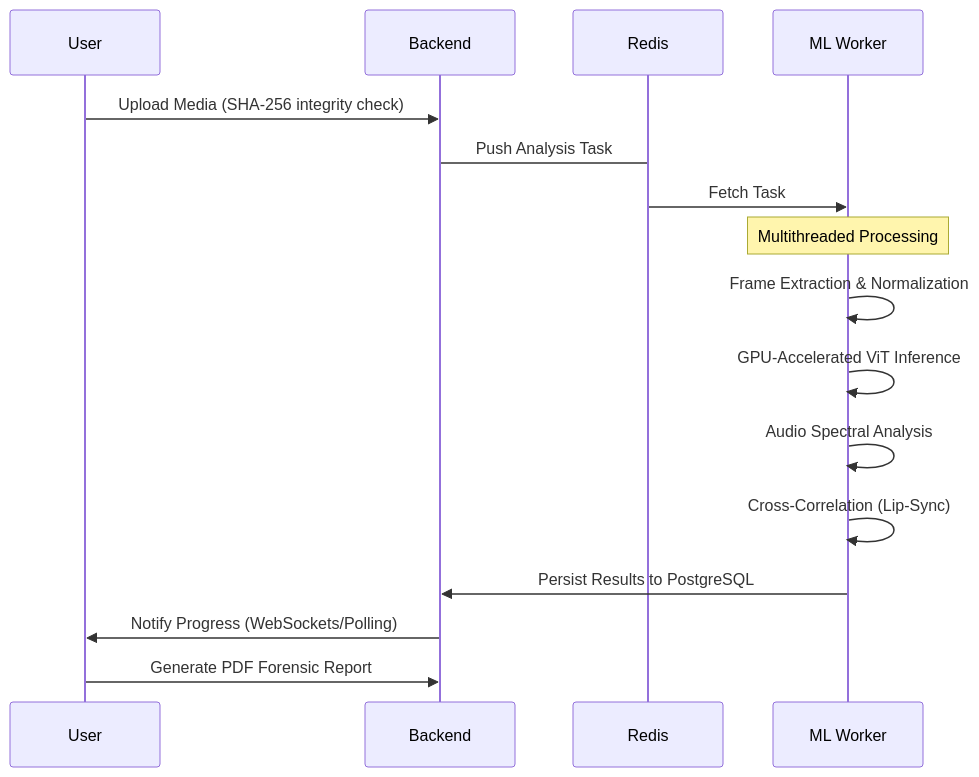
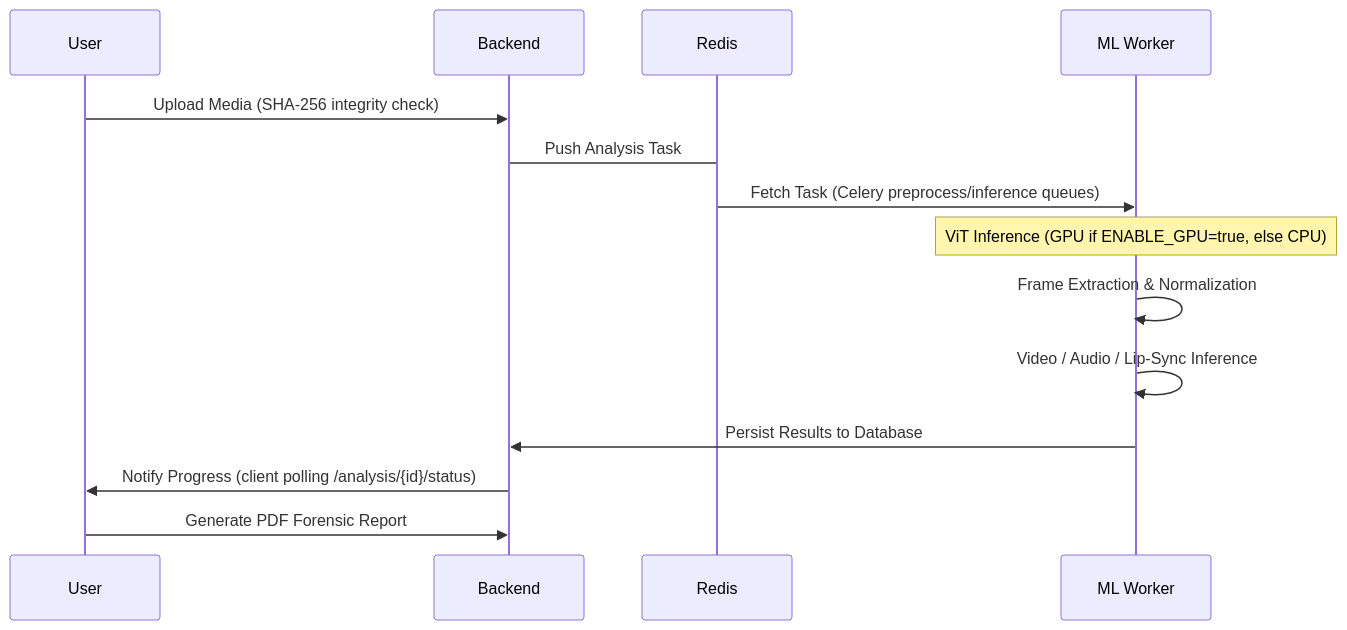
One commit to vtangri/DeepFakeShield changed the second of 2 diagrams in DeepFakeShield_Presentation_Detailed.md. Above: the diagram before and after it, drawn with Mermaid. The commit also changed other lines of this file and 4 other files, not shown here.

````diff
--- a/DeepFakeShield_Presentation_Detailed.md
+++ b/DeepFakeShield_Presentation_Detailed.md
@@ -109,19 +122,17 @@
 ```mermaid
 sequenceDiagram
     participant U as User
     participant B as Backend
     participant R as Redis
     participant W as ML Worker
     
     U->>B: Upload Media (SHA-256 integrity check)
     B-> R: Push Analysis Task
-    R->>W: Fetch Task
-    Note over W: Multithreaded Processing
+    R->>W: Fetch Task (Celery preprocess/inference queues)
+    Note over W: ViT Inference (GPU if ENABLE_GPU=true, else CPU)
     W->>W: Frame Extraction & Normalization
-    W->>W: GPU-Accelerated ViT Inference
-    W->>W: Audio Spectral Analysis
-    W->>W: Cross-Correlation (Lip-Sync)
-    W->>B: Persist Results to PostgreSQL
-    B->>U: Notify Progress (WebSockets/Polling)
+    W->>W: Video / Audio / Lip-Sync Inference
+    W->>B: Persist Results to Database
+    B->>U: Notify Progress (client polling /analysis/{id}/status)
     U->>B: Generate PDF Forensic Report
 ```
````
